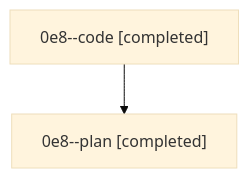
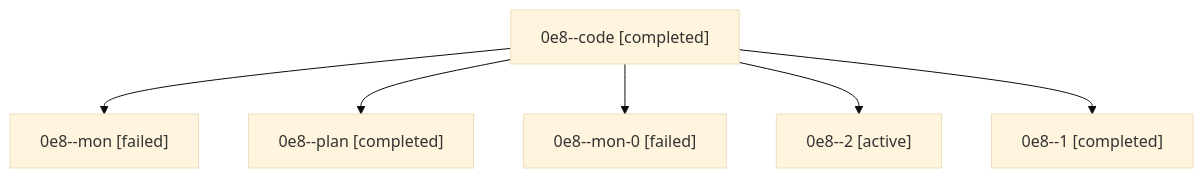
Before and after one commit to sase-org/sase--agents: the diagram in families/bbugyi200.athena.0e8.md, drawn with Mermaid (base theme). The commit also changed other lines of this file and 66 other files, not shown here.

````diff
--- a/families/bbugyi200.athena.0e8.md
+++ b/families/bbugyi200.athena.0e8.md
@@ -9,6 +9,14 @@
 ```mermaid
 flowchart TD
   n0["0e8--code [completed]"]
-  n1["0e8--plan [completed]"]
+  n1["0e8--mon [failed]"]
   n0 --> n1
+  n2["0e8--plan [completed]"]
+  n0 --> n2
+  n3["0e8--mon-0 [failed]"]
+  n0 --> n3
+  n4["0e8--2 [active]"]
+  n0 --> n4
+  n5["0e8--1 [completed]"]
+  n0 --> n5
 ```
````
